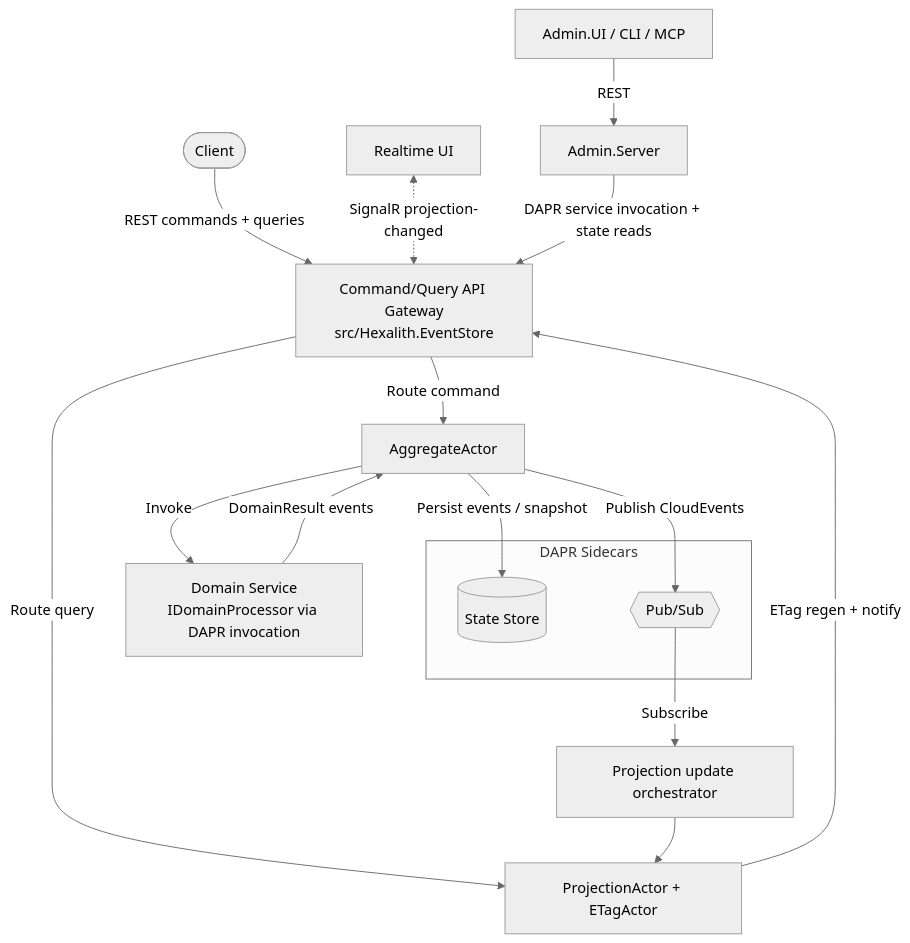
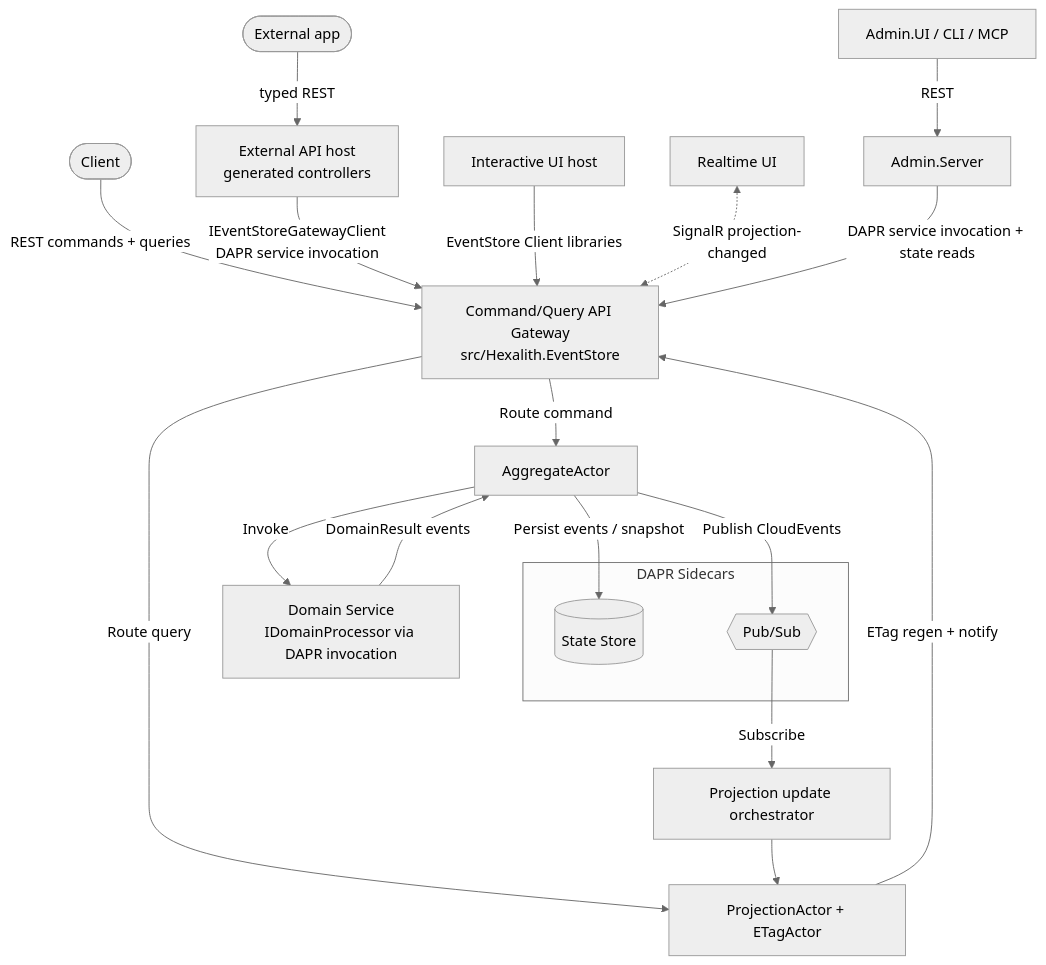
Before and after one commit to Hexalith/Hexalith.EventStore: the diagram in docs/brownfield/architecture.md, drawn with Mermaid (neutral theme). The commit also changed other lines of this file and 16 other files, not shown here.

Commit message:
feat(packaging): publish REST API generator package

````diff
--- a/docs/brownfield/architecture.md
+++ b/docs/brownfield/architecture.md
@@ -32,20 +32,23 @@
 ```mermaid
 flowchart TB
     Client([Client]) -->|REST commands + queries| API[Command/Query API Gateway<br/>src/Hexalith.EventStore]
+    ExternalClient([External app]) -->|typed REST| ExternalApi[External API host<br/>generated controllers]
+    ExternalApi -->|IEventStoreGatewayClient<br/>DAPR service invocation| API
+    UIHost[Interactive UI host] -->|EventStore Client libraries| API
     Realtime[Realtime UI] <-.->|SignalR projection-changed| API
     API -->|Route command| AA[AggregateActor]
     API -->|Route query| PA[ProjectionActor + ETagActor]
     AA -->|Invoke| DS[Domain Service<br/>IDomainProcessor via DAPR invocation]
     DS -->|DomainResult events| AA
     AA -->|Persist events / snapshot| SS[(State Store)]
     AA -->|Publish CloudEvents| PS{{Pub/Sub}}
     PS -->|Subscribe| PROJ[Projection update orchestrator]
     PROJ --> PA
     PA -->|ETag regen + notify| API
     Admin[Admin.UI / CLI / MCP] -->|REST| AdminSrv[Admin.Server]
     AdminSrv -->|DAPR service invocation + state reads| API
     subgraph DAPR ["DAPR Sidecars"]
         SS
         PS
     end
 ```
````
